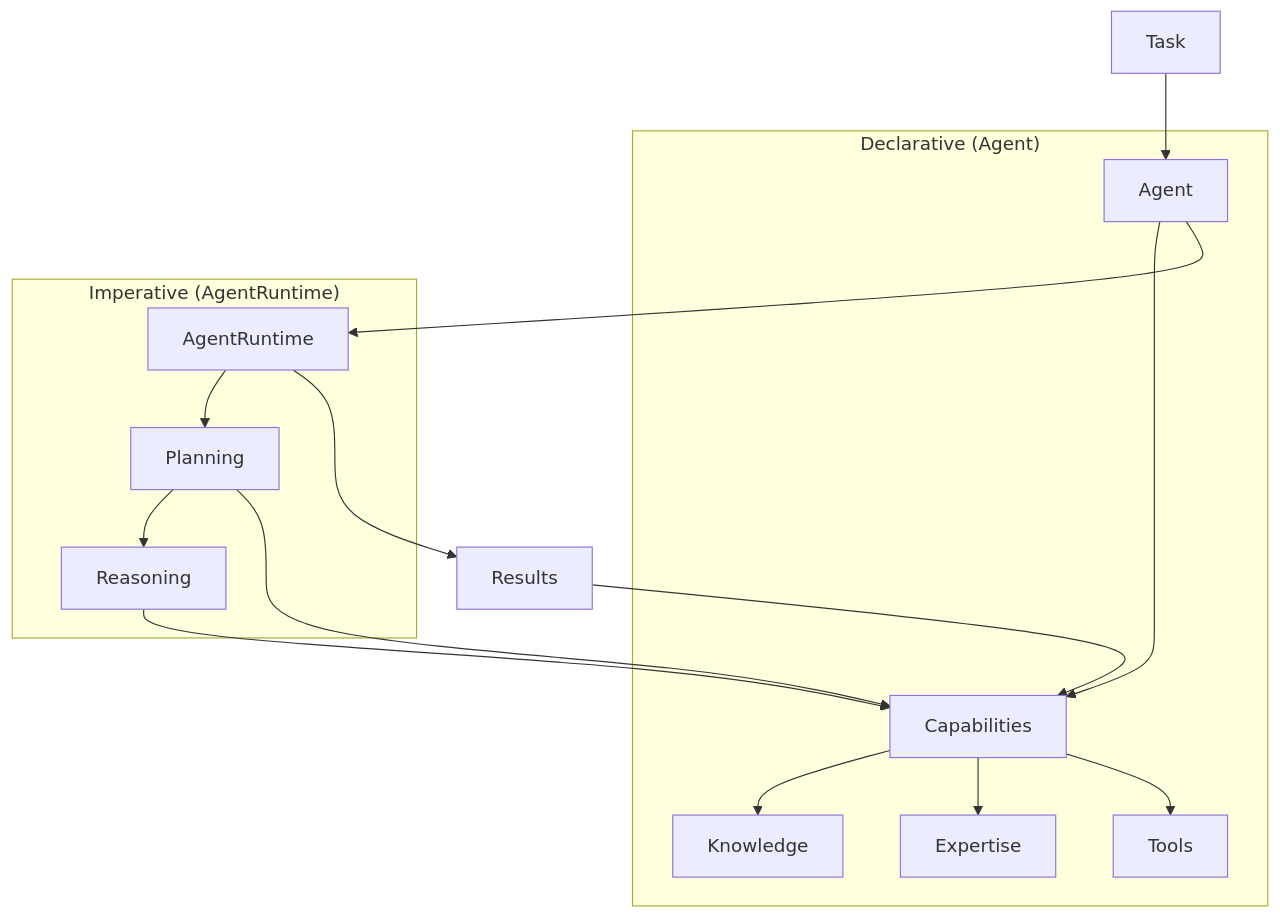
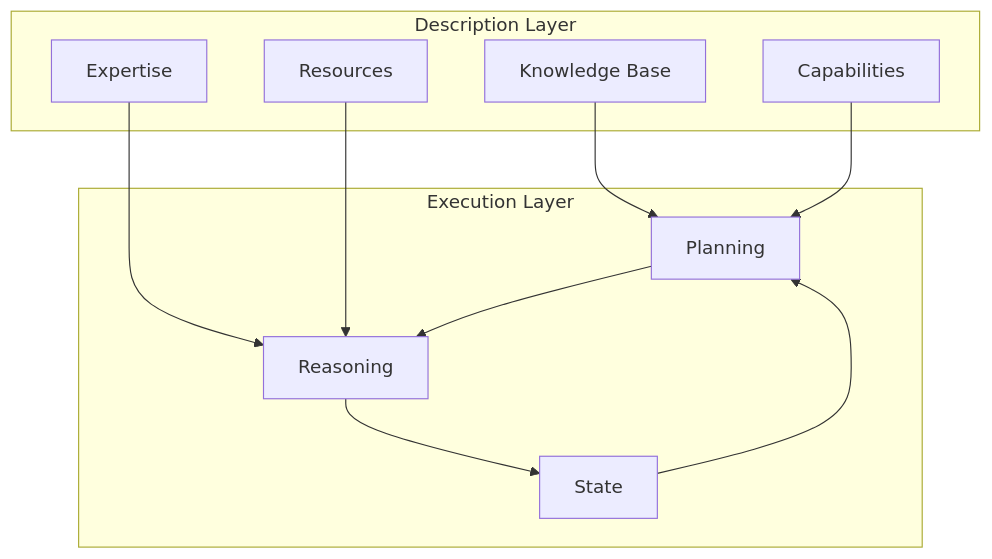
One commit to aitomatic/dana changed the diagram in README.md. Above: the diagram before and after it, drawn with Mermaid. The commit also changed other lines of this file and 26 other files, not shown here.

````diff
--- a/README.md
+++ b/README.md
@@ -62,21 +45,23 @@
 ```mermaid
 graph TB
-    subgraph "Declarative (Agent)"
-        A[Agent] --> C[Capabilities]
-        C --> K[Knowledge]
-        C --> E[Expertise]
-        C --> T[Tools]
+    subgraph "Description Layer"
+        KB[Knowledge Base]
+        C[Capabilities]
+        E[Expertise]
+        R[Resources]
     end
 
-    subgraph "Imperative (AgentRuntime)"
-        AR[AgentRuntime] --> P[Planning]
-        P --> R[Reasoning]
-        P --> C
-        R --> C
+    subgraph "Execution Layer"
+        P[Planning]
+        RE[Reasoning]
+        S[State]
     end
 
-    Task --> A
-    A --> AR
-    AR --> Results
-    Results --> C
+    KB --> P
+    C --> P
+    E --> RE
+    R --> RE
+    P --> RE
+    RE --> S
+    S --> P
 ```
````
